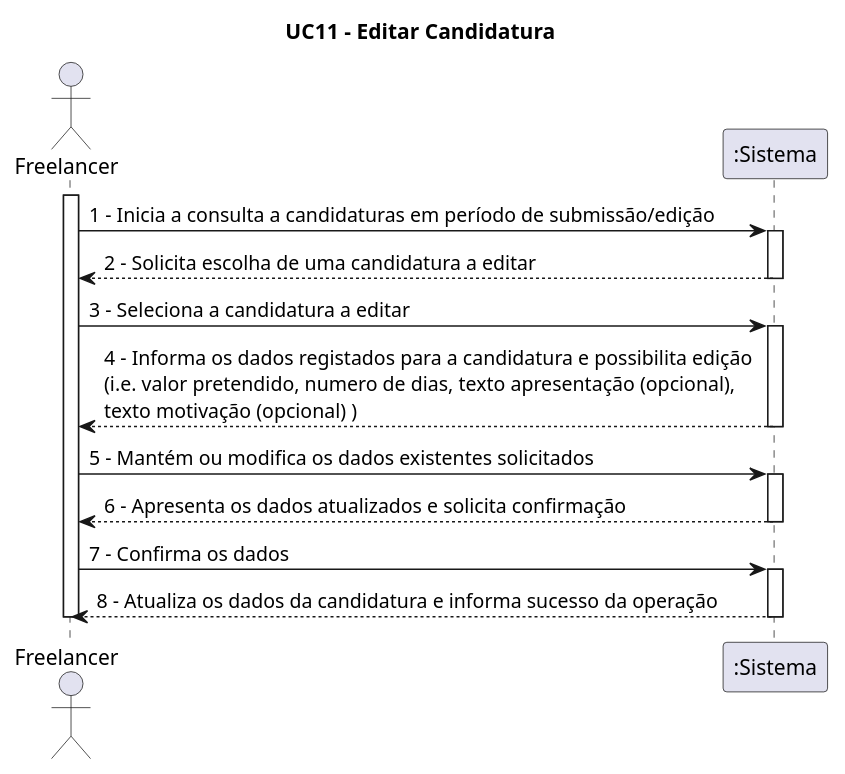
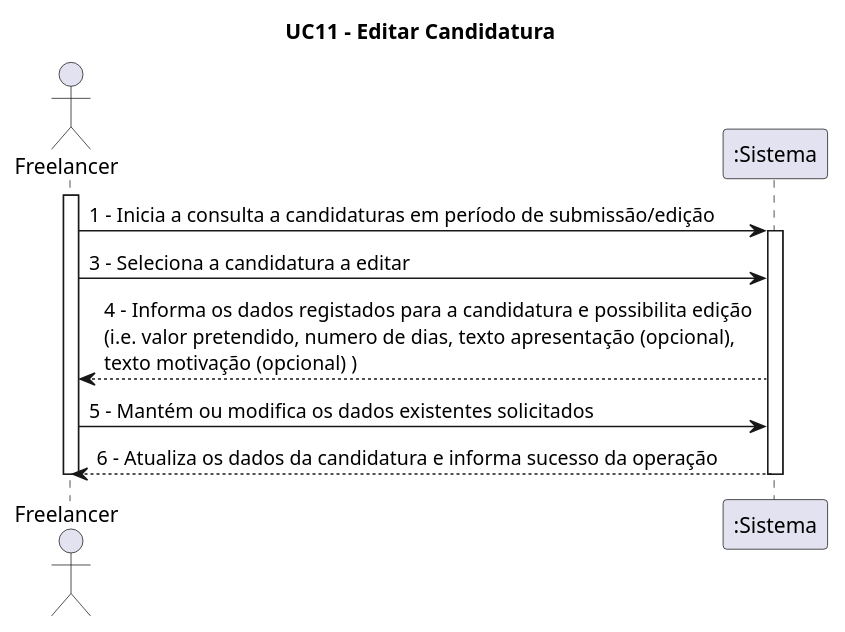
The diagram in Documentação/Sprint 4/UC11_Editar_Candidatura/UC11_Editar_Candidatura.wsd (blestonbandeiraUPSKILL/upskill_java1_labprg_grupo2), drawn with PlantUML before and after one commit. The commit also changed 12 other files, not shown here.

```diff
--- a/Documentação/Sprint 4/UC11_Editar_Candidatura/UC11_Editar_Candidatura.wsd
+++ b/Documentação/Sprint 4/UC11_Editar_Candidatura/UC11_Editar_Candidatura.wsd
@@ -1,22 +1,17 @@
 @startuml
+
 title UC11 - Editar Candidatura
+
 actor Freelancer
+participant ":Sistema" as Sistema
 activate Freelancer
-Freelancer -> ":Sistema" : 1 - Inicia a consulta a candidaturas em período de submissão/edição
-activate ":Sistema"
-":Sistema" --> Freelancer : 2 - Solicita escolha de uma candidatura a editar
-deactivate ":Sistema"
-Freelancer -> ":Sistema" : 3 - Seleciona a candidatura a editar
-activate ":Sistema"
-":Sistema" --> Freelancer : 4 - Informa os dados registados para a candidatura e possibilita edição \n(i.e. valor pretendido, numero de dias, texto apresentação (opcional), \ntexto motivação (opcional) )
-deactivate ":Sistema"
-Freelancer -> ":Sistema" : 5 - Mantém ou modifica os dados existentes solicitados
-activate ":Sistema"
-":Sistema" --> Freelancer : 6 - Apresenta os dados atualizados e solicita confirmação
-deactivate ":Sistema"
-Freelancer -> ":Sistema" : 7 - Confirma os dados
-activate ":Sistema"
-":Sistema" --> Freelancer : 8 - Atualiza os dados da candidatura e informa sucesso da operação
-deactivate ":Sistema"
+
+Freelancer -> Sistema : 1 - Inicia a consulta a candidaturas em período de submissão/edição
+activate Sistema
+Freelancer -> Sistema : 3 - Seleciona a candidatura a editar
+Sistema --> Freelancer : 4 - Informa os dados registados para a candidatura e possibilita edição \n(i.e. valor pretendido, numero de dias, texto apresentação (opcional), \ntexto motivação (opcional) )
+Freelancer -> Sistema : 5 - Mantém ou modifica os dados existentes solicitados
+Sistema --> Freelancer : 6 - Atualiza os dados da candidatura e informa sucesso da operação
+deactivate Sistema
 deactivate Freelancer
 @enduml
```
